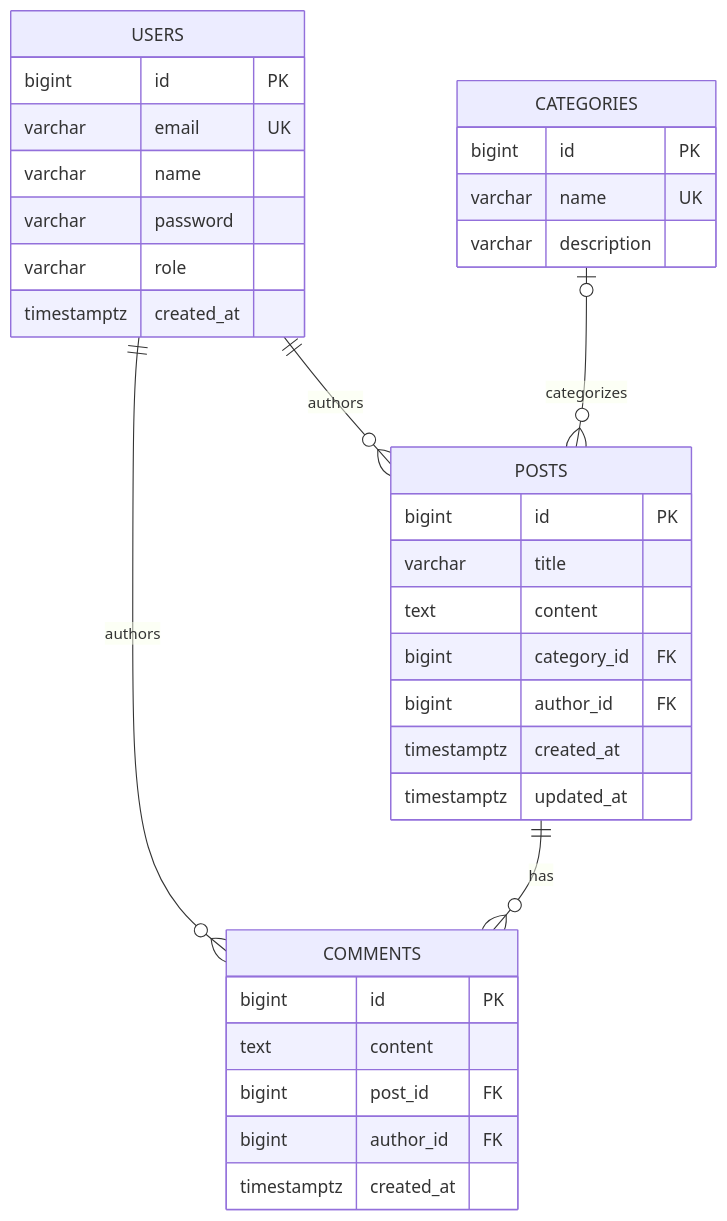
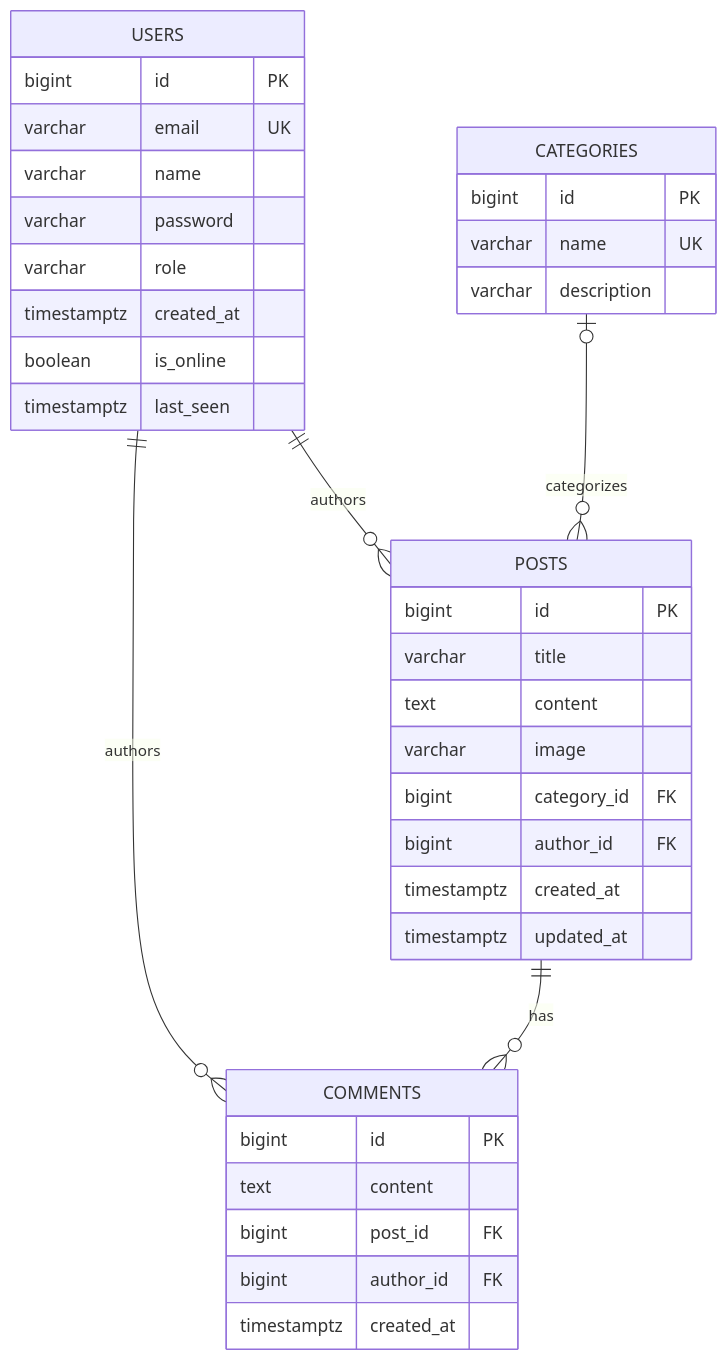
One commit to Ndaziramiyep/backend-python changed the diagram in README.md. Above: the diagram before and after it, drawn with Mermaid. The commit also changed other lines of this file and 9 other files, not shown here.

Commit message:
adding schema

````diff
--- a/README.md
+++ b/README.md
@@ -171,37 +174,40 @@
 ```mermaid
 erDiagram
     USERS ||--o{ POSTS : authors
     USERS ||--o{ COMMENTS : authors
     CATEGORIES |o--o{ POSTS : categorizes
     POSTS ||--o{ COMMENTS : has
 
     USERS {
         bigint id PK
         varchar email UK
         varchar name
         varchar password
         varchar role
         timestamptz created_at
+        boolean is_online
+        timestamptz last_seen
     }
     CATEGORIES {
         bigint id PK
         varchar name UK
         varchar description
     }
     POSTS {
         bigint id PK
         varchar title
         text content
+        varchar image
         bigint category_id FK
         bigint author_id FK
         timestamptz created_at
         timestamptz updated_at
     }
     COMMENTS {
         bigint id PK
         text content
         bigint post_id FK
         bigint author_id FK
         timestamptz created_at
     }
 ```
````
